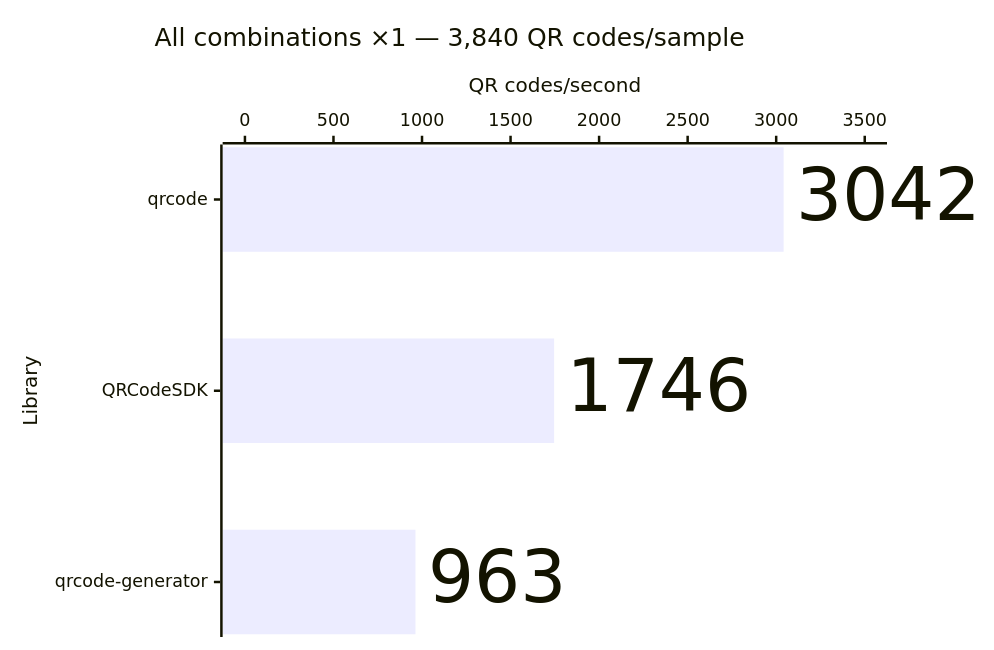
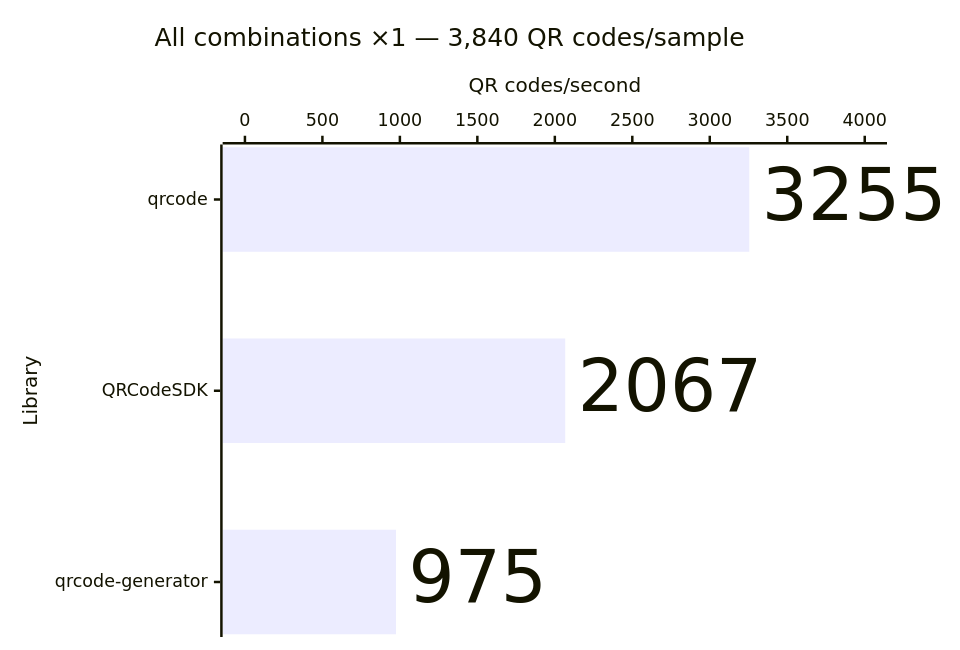
Diagram 11 of 14 in apps/docs/src/content/docs/learn/performance.md (Dafnik/qrcodesdk), drawn with Mermaid before and after one commit. The commit also changed other lines of this file, not shown here.

````diff
--- a/apps/docs/src/content/docs/learn/performance.md
+++ b/apps/docs/src/content/docs/learn/performance.md
@@ -230,15 +230,15 @@
 ```mermaid
 ---
 config:
   xyChart:
     showDataLabel: true
     showDataLabelOutsideBar: true
 ---
 xychart horizontal
   accTitle: SVG generation: All combinations ×1 — 3,840 QR codes/sample
-  accDescr: Throughput calculated from median time. qrcode 3,042 QR codes per second, QRCodeSDK 1,746 QR codes per second, qrcode-generator 963 QR codes per second. Higher is better.
+  accDescr: Throughput calculated from median time. qrcode 3,255 QR codes per second, QRCodeSDK 2,067 QR codes per second, qrcode-generator 975 QR codes per second. Higher is better.
   title "All combinations ×1 — 3,840 QR codes/sample"
   x-axis "Library" ["qrcode", "QRCodeSDK", "qrcode-generator"]
-  y-axis "QR codes/second" 0 --> 3500
-  bar [3042, 1746, 963]
+  y-axis "QR codes/second" 0 --> 4000
+  bar [3255, 2067, 975]
 ```
````
